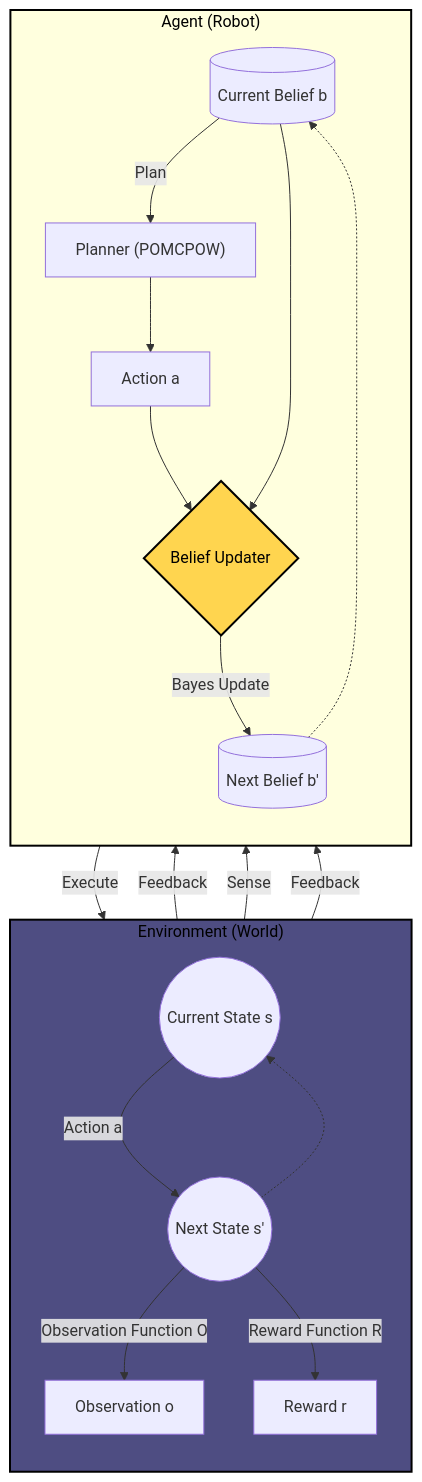
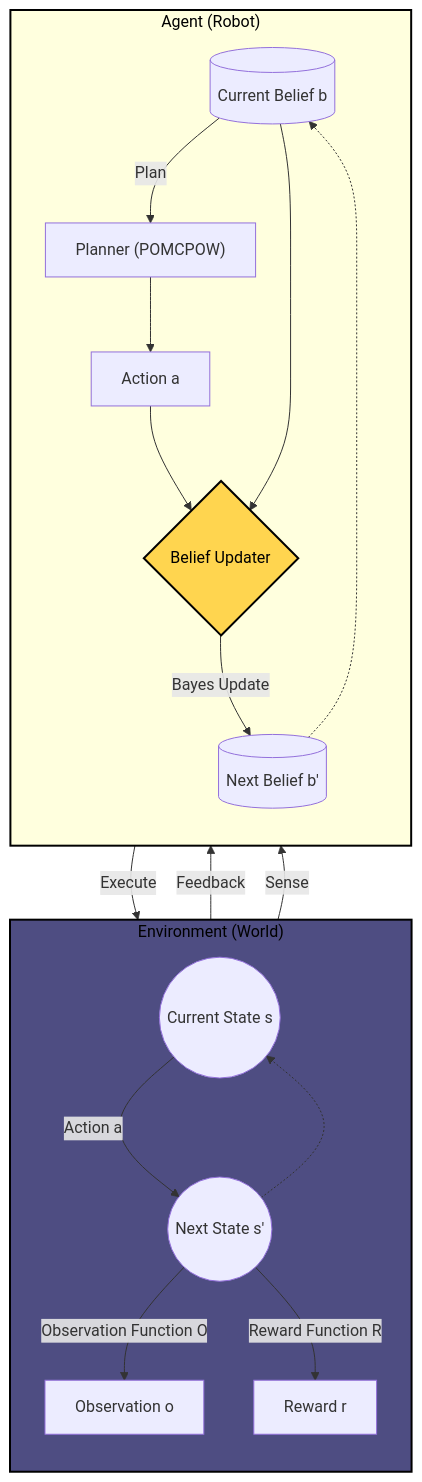
One commit to hoashalarajh/Partially-Observable-Markov-Decision-Process-based-Robot-Decision-Making changed the first of 2 diagrams in README.md. Above: the diagram before and after it, drawn with Mermaid.

Commit message:
Remove commented-out line from README.md

````diff
--- a/README.md
+++ b/README.md
@@ -36,37 +36,34 @@
 ```mermaid
 graph TD
     subgraph Environment ["Environment (World)"]
         direction TB
         s_curr((Current State s)) -->|Action a| s_next((Next State s'))
         s_next -->|Observation Function O| o[Observation o]
         s_next -->|Reward Function R| r[Reward r]
     end
 
     subgraph Agent ["Agent (Robot)"]
         direction TB
         %% The Planner (The Decision Maker)
         b_curr[(Current Belief b)] -->|Plan| Planner
         r -->|Feedback| Planner["Planner (POMCPOW)"]
         Planner --> a[Action a]
-
-        %% b_curr[(Current Belief b)] -->|Planner POMCPOW| a[Action a]
         o --> |Sense| Updater{Belief Updater}
         a --> Updater
         b_curr --> Updater
         Updater -->|Bayes Update| b_next[(Next Belief b')]
     end
 
     %% Connections between Agent and Environment
     a -->|Execute| s_curr
-    r -->|Feedback| b_next
 
     %% The Loop Connection
     b_next -.-> b_curr
     s_next -.-> s_curr
 
     %% Styling
     %% I added 'color:black' (text) and 'stroke:black' (border) to Environment
     style Environment fill:#4e4d82,stroke:black,stroke-width:2px,color:black
     style Agent fill:##824d67,stroke:black,stroke-width:2px,color:black
     style Updater fill:#ffd54f,stroke:black,stroke-width:2px,color:black
 ```
````
